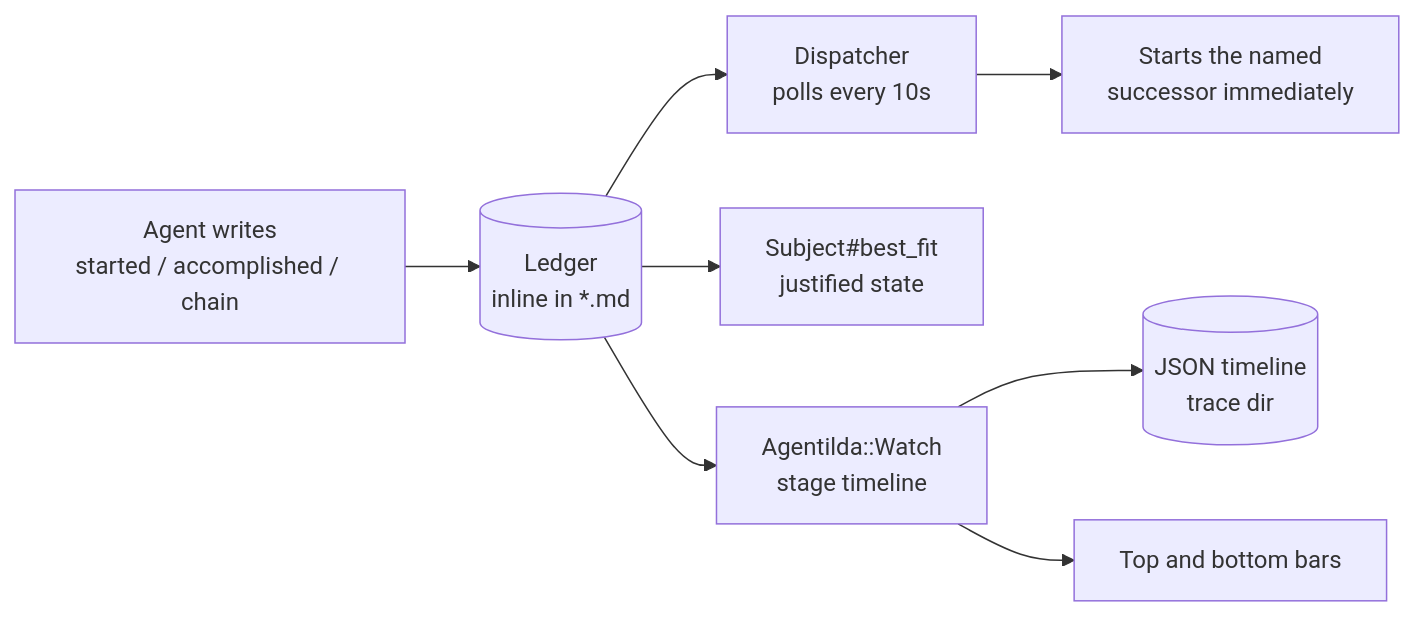
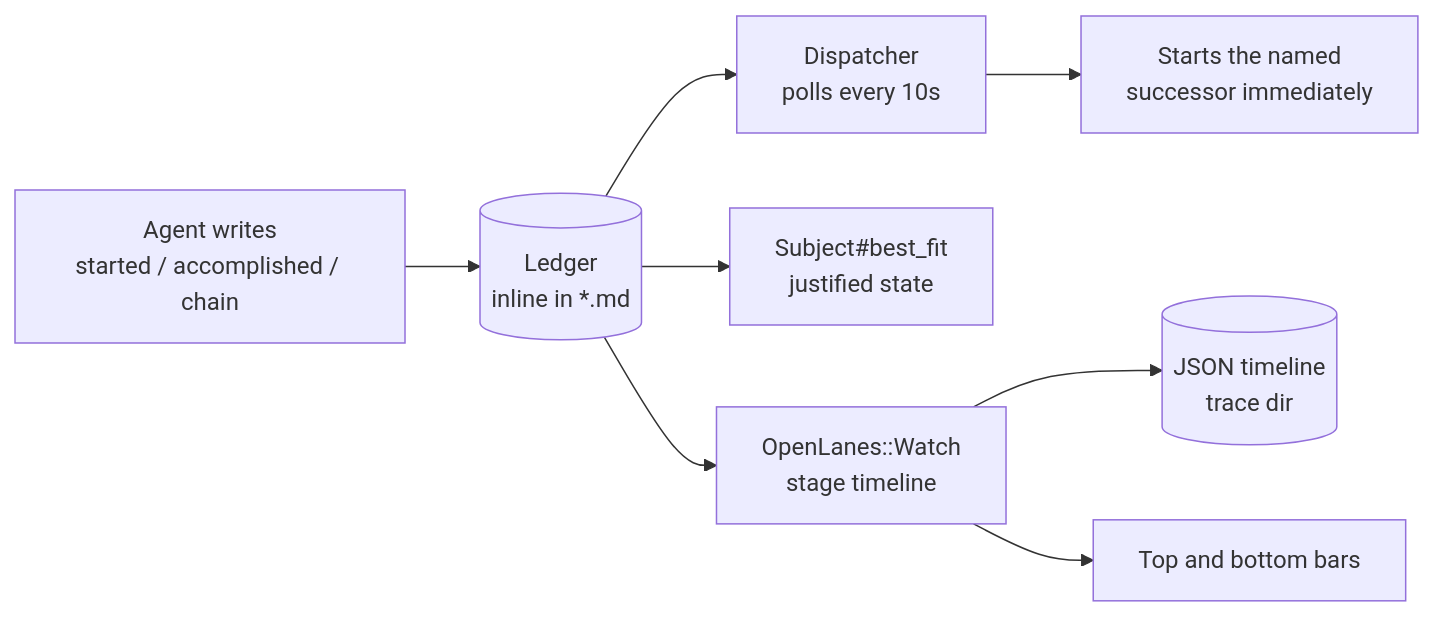
One commit to kigster/agentilda changed the first of 5 diagrams in docs/specs/2026-09-05-agent-ledger-and-status-bars.md. Above: the diagram before and after it, drawn with Mermaid. The commit also changed other lines of this file and 643 other files, not shown here.

````diff
--- a/docs/specs/2026-09-05-agent-ledger-and-status-bars.md
+++ b/docs/specs/2026-09-05-agent-ledger-and-status-bars.md
@@ -146,10 +146,10 @@
 ```mermaid
 flowchart LR
     A["Agent writes<br/>started / accomplished / chain"] --> L[("Ledger<br/>inline in *.md")]
     L --> D["Dispatcher<br/>polls every 10s"]
     L --> B["Subject#best_fit<br/>justified state"]
-    L --> W["Agentilda::Watch<br/>stage timeline"]
+    L --> W["OpenLanes::Watch<br/>stage timeline"]
     D --> N["Starts the named<br/>successor immediately"]
     W --> J[("JSON timeline<br/>trace dir")]
     W --> BARS["Top and bottom bars"]
 ```
````
